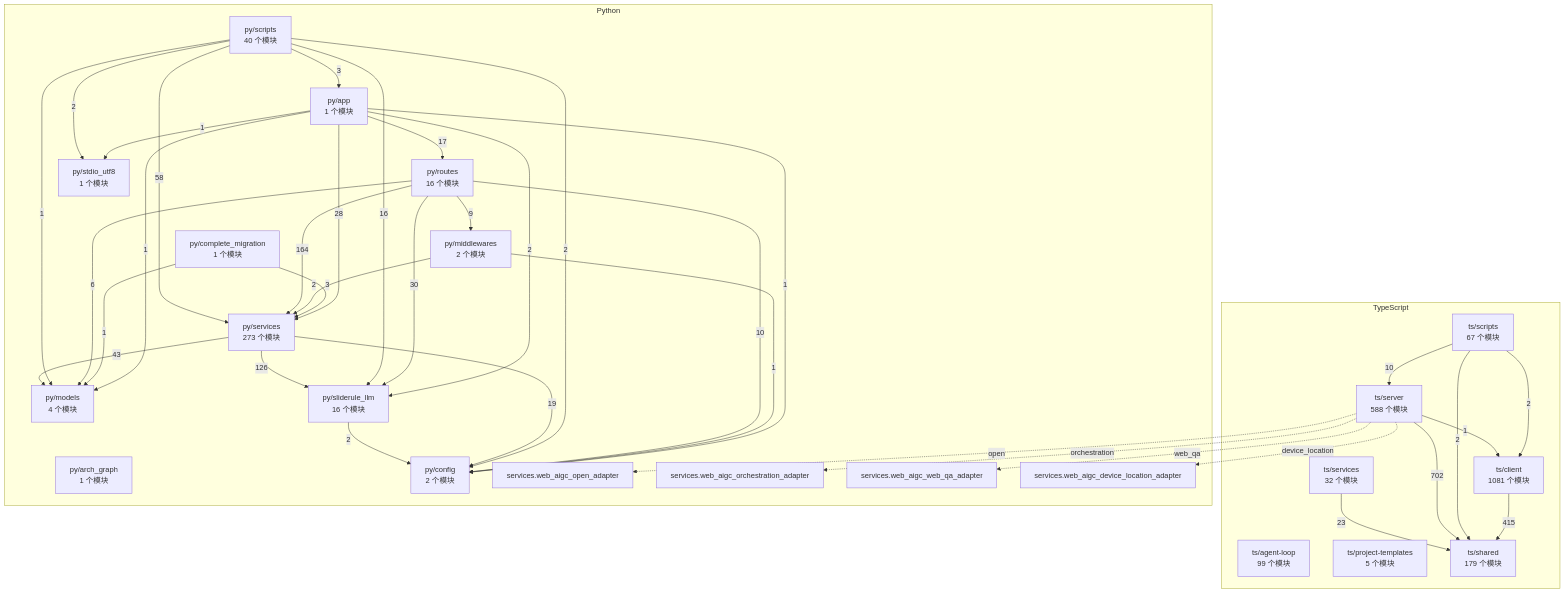
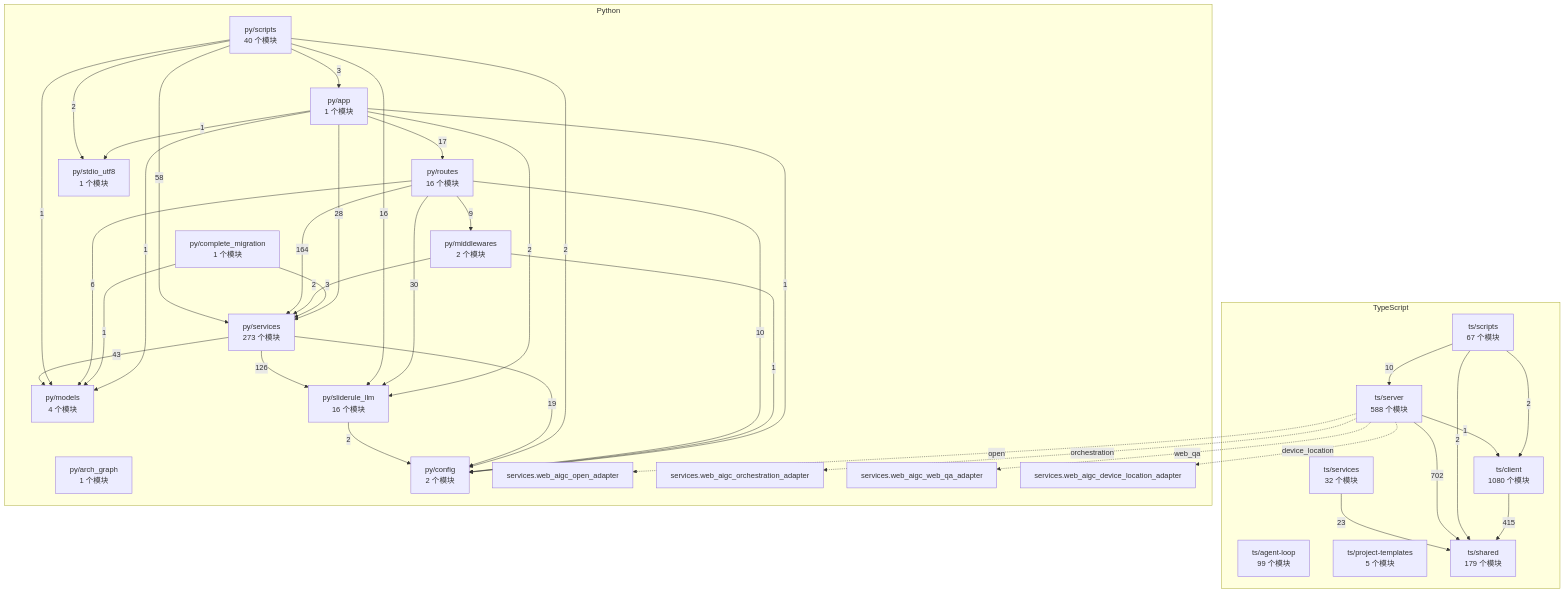
Before and after one commit to 2686521696/WhyBuddy: the diagram in docs/WhyBuddy 全仓架构图（自动生成）.md, drawn with Mermaid. The commit also changed 15 other files, not shown here.

````diff
--- a/docs/WhyBuddy 全仓架构图（自动生成）.md
+++ b/docs/WhyBuddy 全仓架构图（自动生成）.md
@@ -14,65 +14,65 @@
 ```mermaid
 flowchart TB
   subgraph ts [TypeScript]
     ts_agent_loop["ts/agent-loop<br/>99 个模块"]
-    ts_client["ts/client<br/>1081 个模块"]
+    ts_client["ts/client<br/>1080 个模块"]
     ts_project_templates["ts/project-templates<br/>5 个模块"]
     ts_scripts["ts/scripts<br/>67 个模块"]
     ts_server["ts/server<br/>588 个模块"]
     ts_services["ts/services<br/>32 个模块"]
     ts_shared["ts/shared<br/>179 个模块"]
   end
   subgraph py [Python]
     py_app["py/app<br/>1 个模块"]
     py_arch_graph["py/arch_graph<br/>1 个模块"]
     py_complete_migration["py/complete_migration<br/>1 个模块"]
     py_config["py/config<br/>2 个模块"]
     py_middlewares["py/middlewares<br/>2 个模块"]
     py_models["py/models<br/>4 个模块"]
     py_routes["py/routes<br/>16 个模块"]
     py_scripts["py/scripts<br/>40 个模块"]
     py_services["py/services<br/>273 个模块"]
     py_sliderule_llm["py/sliderule_llm<br/>16 个模块"]
     py_stdio_utf8["py/stdio_utf8<br/>1 个模块"]
     py_services_web_aigc_open_adapter["services.web_aigc_open_adapter"]
     py_services_web_aigc_orchestration_adapter["services.web_aigc_orchestration_adapter"]
     py_services_web_aigc_web_qa_adapter["services.web_aigc_web_qa_adapter"]
     py_services_web_aigc_device_location_adapter["services.web_aigc_device_location_adapter"]
   end
   ts_client -->|415| ts_shared
   ts_scripts -->|2| ts_client
   ts_scripts -->|10| ts_server
   ts_scripts -->|2| ts_shared
   ts_server -->|1| ts_client
   ts_server -->|702| ts_shared
   ts_services -->|23| ts_shared
   py_app -->|1| py_config
   py_app -->|1| py_models
   py_app -->|17| py_routes
   py_app -->|28| py_services
   py_app -->|2| py_sliderule_llm
   py_app -->|1| py_stdio_utf8
   py_complete_migration -->|1| py_models
   py_complete_migration -->|3| py_services
   py_middlewares -->|1| py_config
   py_middlewares -->|2| py_services
   py_routes -->|10| py_config
   py_routes -->|9| py_middlewares
   py_routes -->|6| py_models
   py_routes -->|164| py_services
   py_routes -->|30| py_sliderule_llm
   py_scripts -->|3| py_app
   py_scripts -->|2| py_config
   py_scripts -->|1| py_models
   py_scripts -->|58| py_services
   py_scripts -->|16| py_sliderule_llm
   py_scripts -->|2| py_stdio_utf8
   py_services -->|19| py_config
   py_services -->|43| py_models
   py_services -->|126| py_sliderule_llm
   py_sliderule_llm -->|2| py_config
   ts_server -.->|open| py_services_web_aigc_open_adapter
   ts_server -.->|orchestration| py_services_web_aigc_orchestration_adapter
   ts_server -.->|web_qa| py_services_web_aigc_web_qa_adapter
   ts_server -.->|device_location| py_services_web_aigc_device_location_adapter
 ```
````
